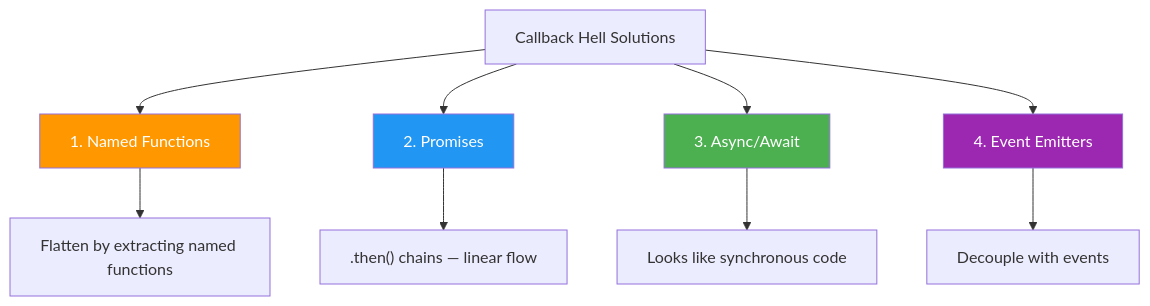
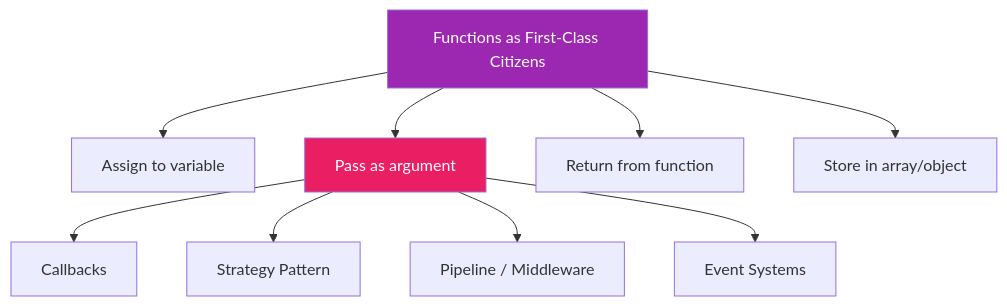
Before and after one commit to Kshitijgul/Notes: diagram 12 of 30 in Javascript/Chapter5_Functions.md, drawn with Mermaid. The commit also changed other lines of this file and 1 other file, not shown here.

````diff
--- a/Javascript/Chapter5_Functions.md
+++ b/Javascript/Chapter5_Functions.md
@@ -2389,17 +1092,15 @@
 ```mermaid
 flowchart TD
-    A["Callback Hell Solutions"] --> B["1. Named Functions"]
-    A --> C["2. Promises"]
-    A --> D["3. Async/Await"]
-    A --> E["4. Event Emitters"]
-    
-    B --> B1["Flatten by extracting named functions"]
-    C --> C1[".then() chains — linear flow"]
-    D --> D1["Looks like synchronous code"]
-    E --> E1["Decouple with events"]
-    
-    style B fill:#FF9800,color:white
-    style C fill:#2196F3,color:white
-    style D fill:#4CAF50,color:white
-    style E fill:#9C27B0,color:white
+    A["Functions as First-Class Citizens"] --> B["Assign to variable"]
+    A --> C["Pass as argument"]
+    A --> D["Return from function"]
+    A --> E["Store in array/object"]
+
+    C --> F["Callbacks"]
+    C --> G["Strategy Pattern"]
+    C --> H["Pipeline / Middleware"]
+    C --> I["Event Systems"]
+
+    style A fill:#9C27B0,color:white
+    style C fill:#E91E63,color:white
 ```
````
